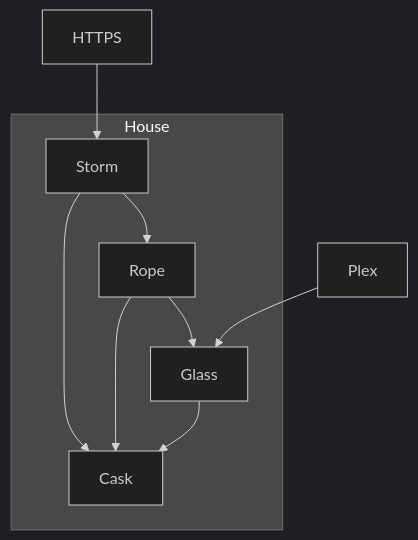
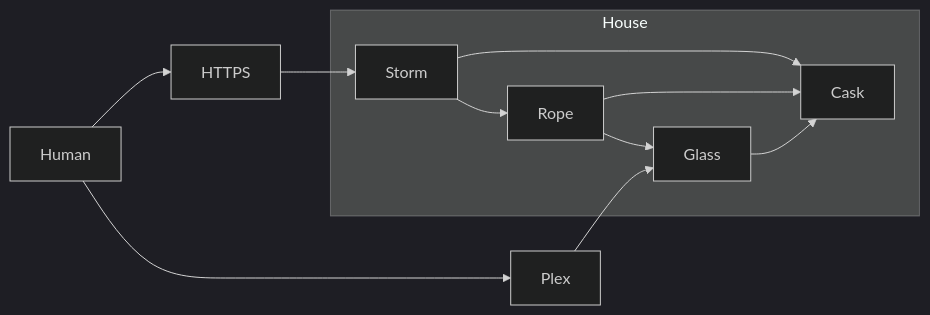
Before and after one commit to icco/writing: the diagram in posts/745.md, drawn with Mermaid (dark theme). The commit also changed other lines of this file and 5 other files, not shown here.

````diff
--- a/posts/745.md
+++ b/posts/745.md
@@ -15,18 +15,21 @@
 ```mermaid
-graph TD;
+
+flowchart LR;
 
 subgraph AA [House]
     Glass;
     Storm;
     Rope;
     Cask;
 end
 
+Human-->HTTPS;
+Human-->Plex;
 Plex-->Glass;
 HTTPS-->Storm;
 Storm-->Cask;
 Storm-->Rope;
 Rope-->Cask;
 Glass-->Cask;
 Rope-->Glass;
 ```
````
